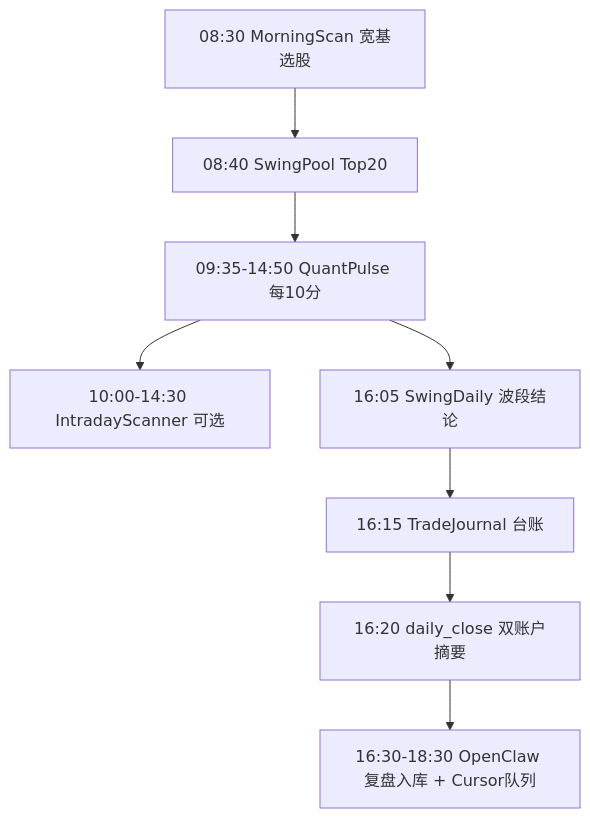
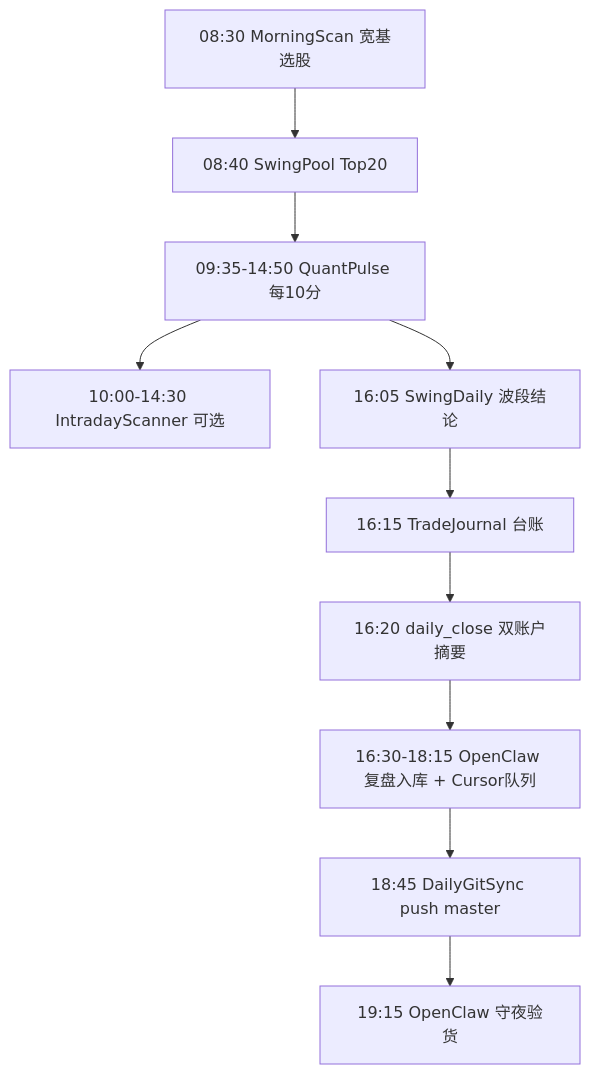
One commit to shaohjz/quant-learn changed the diagram in docs/CRON_JOBS.md. Above: the diagram before and after it, drawn with Mermaid. The commit also changed other lines of this file and 4 other files, not shown here.

````diff
--- a/docs/CRON_JOBS.md
+++ b/docs/CRON_JOBS.md
@@ -23,10 +23,12 @@
 ```mermaid
 flowchart TD
   A["08:30 MorningScan 宽基选股"] --> A2["08:40 SwingPool Top20"]
   A2 --> B["09:35-14:50 QuantPulse 每10分"]
   B --> C["10:00-14:30 IntradayScanner 可选"]
   B --> D["16:05 SwingDaily 波段结论"]
   D --> E["16:15 TradeJournal 台账"]
   E --> F["16:20 daily_close 双账户摘要"]
-  F --> G["16:30-18:30 OpenClaw 复盘入库 + Cursor队列"]
+  F --> G["16:30-18:15 OpenClaw 复盘入库 + Cursor队列"]
+  G --> H["18:45 DailyGitSync push master"]
+  H --> I["19:15 OpenClaw 守夜验货"]
 ```
````
